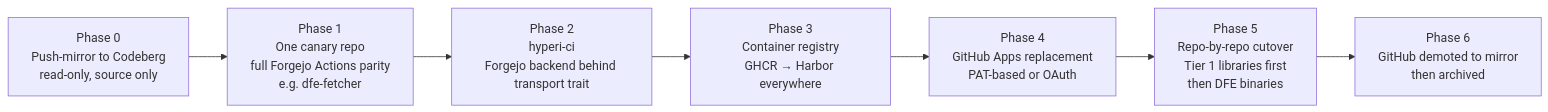
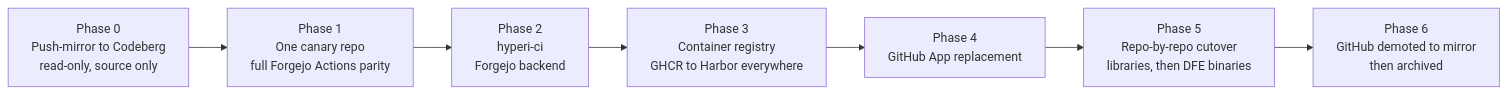
The third of 3 diagrams in docs/migration/codeberg.md (hyperi-io/hyperi-ci), drawn with Mermaid before and after one commit. The commit also changed other lines of this file, not shown here.

Commit message:
docs: trim codeberg.md and correct the GitHub App and gh usage

````diff
--- a/docs/migration/codeberg.md
+++ b/docs/migration/codeberg.md
@@ -187,10 +146,10 @@
 ```mermaid
 flowchart LR
-    P0[Phase 0<br/>Push-mirror to Codeberg<br/>read-only, source only] --> P1
-    P1[Phase 1<br/>One canary repo<br/>full Forgejo Actions parity<br/>e.g. dfe-fetcher] --> P2
-    P2[Phase 2<br/>hyperi-ci<br/>Forgejo backend behind transport trait] --> P3
-    P3[Phase 3<br/>Container registry<br/>GHCR → Harbor everywhere] --> P4
-    P4[Phase 4<br/>GitHub Apps replacement<br/>PAT-based or OAuth] --> P5
-    P5[Phase 5<br/>Repo-by-repo cutover<br/>Tier 1 libraries first<br/>then DFE binaries] --> P6
-    P6[Phase 6<br/>GitHub demoted to mirror<br/>then archived]
+    P0["Phase 0<br/>Push-mirror to Codeberg<br/>read-only, source only"] --> P1
+    P1["Phase 1<br/>One canary repo<br/>full Forgejo Actions parity"] --> P2
+    P2["Phase 2<br/>hyperi-ci<br/>Forgejo backend"] --> P3
+    P3["Phase 3<br/>Container registry<br/>GHCR to Harbor everywhere"] --> P4
+    P4["Phase 4<br/>GitHub App replacement"] --> P5
+    P5["Phase 5<br/>Repo-by-repo cutover<br/>libraries, then DFE binaries"] --> P6
+    P6["Phase 6<br/>GitHub demoted to mirror<br/>then archived"]
 ```
````
